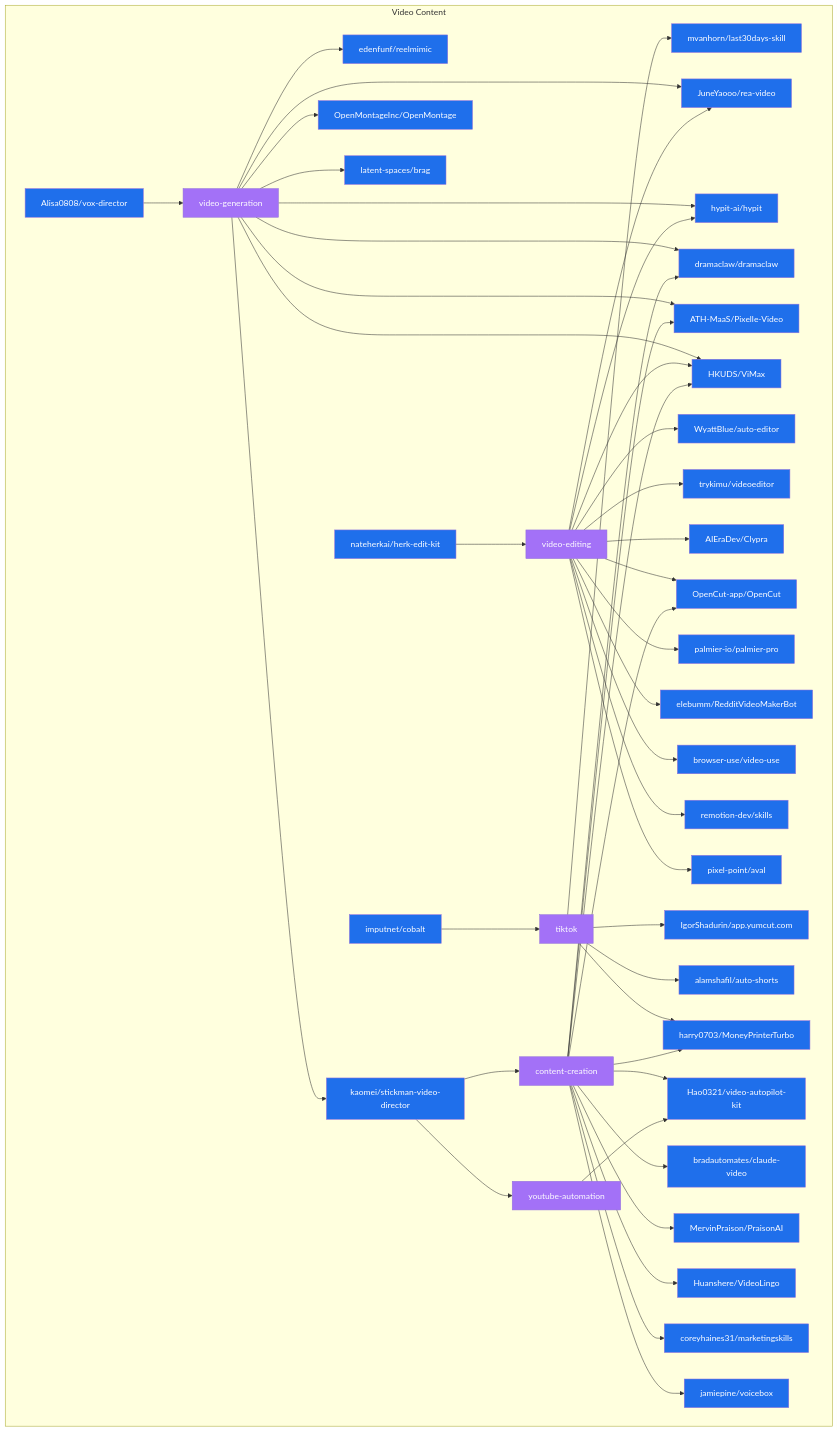
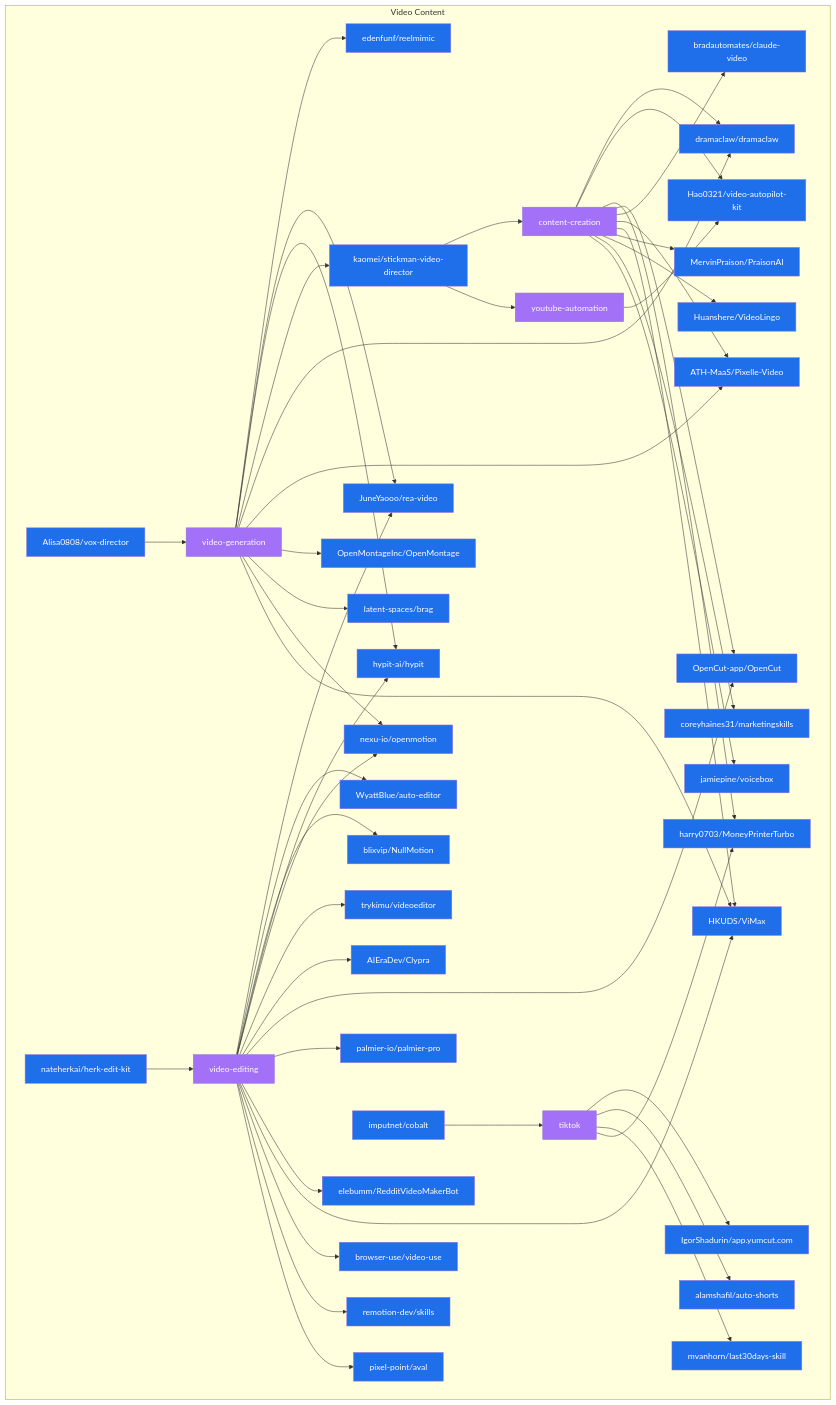
The diagram in data/star_graph_video_content.mermaid (Meru143/star-graph), drawn with Mermaid before and after one commit. The commit also changed 15 other files, not shown here.

Commit message:
chore: weekly star graph update 2026-11-16

```diff
--- a/data/star_graph_video_content.mermaid
+++ b/data/star_graph_video_content.mermaid
@@ -1,86 +1,91 @@
 graph TD
   subgraph video_content ["Video Content"]
+    ATH_MaaS_Pixelle_Video["ATH-MaaS/Pixelle-Video"]:::repo
+    AIEraDev_Clypra["AIEraDev/Clypra"]:::repo
+    remotion_dev_skills["remotion-dev/skills"]:::repo
+    youtube_automation["youtube-automation"]:::topic
+    pixel_point_aval["pixel-point/aval"]:::repo
+    edenfunf_reelmimic["edenfunf/reelmimic"]:::repo
+    alamshafil_auto_shorts["alamshafil/auto-shorts"]:::repo
+    latent_spaces_brag["latent-spaces/brag"]:::repo
+    JuneYaooo_rea_video["JuneYaooo/rea-video"]:::repo
+    harry0703_MoneyPrinterTurbo["harry0703/MoneyPrinterTurbo"]:::repo
     mvanhorn_last30days_skill["mvanhorn/last30days-skill"]:::repo
-    JuneYaooo_rea_video["JuneYaooo/rea-video"]:::repo
+    palmier_io_palmier_pro["palmier-io/palmier-pro"]:::repo
+    content_creation["content-creation"]:::topic
+    nexu_io_openmotion["nexu-io/openmotion"]:::repo
+    trykimu_videoeditor["trykimu/videoeditor"]:::repo
+    imputnet_cobalt["imputnet/cobalt"]:::repo
+    Alisa0808_vox_director["Alisa0808/vox-director"]:::repo
+    OpenCut_app_OpenCut["OpenCut-app/OpenCut"]:::repo
+    WyattBlue_auto_editor["WyattBlue/auto-editor"]:::repo
+    tiktok["tiktok"]:::topic
+    OpenMontageInc_OpenMontage["OpenMontageInc/OpenMontage"]:::repo
+    video_editing["video-editing"]:::topic
+    elebumm_RedditVideoMakerBot["elebumm/RedditVideoMakerBot"]:::repo
+    Huanshere_VideoLingo["Huanshere/VideoLingo"]:::repo
+    MervinPraison_PraisonAI["MervinPraison/PraisonAI"]:::repo
+    jamiepine_voicebox["jamiepine/voicebox"]:::repo
+    video_generation["video-generation"]:::topic
+    IgorShadurin_app_yumcut_com["IgorShadurin/app.yumcut.com"]:::repo
+    browser_use_video_use["browser-use/video-use"]:::repo
+    Hao0321_video_autopilot_kit["Hao0321/video-autopilot-kit"]:::repo
     HKUDS_ViMax["HKUDS/ViMax"]:::repo
-    Hao0321_video_autopilot_kit["Hao0321/video-autopilot-kit"]:::repo
-    OpenCut_app_OpenCut["OpenCut-app/OpenCut"]:::repo
-    elebumm_RedditVideoMakerBot["elebumm/RedditVideoMakerBot"]:::repo
-    video_generation["video-generation"]:::topic
+    coreyhaines31_marketingskills["coreyhaines31/marketingskills"]:::repo
+    kaomei_stickman_video_director["kaomei/stickman-video-director"]:::repo
+    nateherkai_herk_edit_kit["nateherkai/herk-edit-kit"]:::repo
+    dramaclaw_dramaclaw["dramaclaw/dramaclaw"]:::repo
     hypit_ai_hypit["hypit-ai/hypit"]:::repo
-    harry0703_MoneyPrinterTurbo["harry0703/MoneyPrinterTurbo"]:::repo
-    nateherkai_herk_edit_kit["nateherkai/herk-edit-kit"]:::repo
-    imputnet_cobalt["imputnet/cobalt"]:::repo
-    jamiepine_voicebox["jamiepine/voicebox"]:::repo
-    palmier_io_palmier_pro["palmier-io/palmier-pro"]:::repo
-    tiktok["tiktok"]:::topic
-    trykimu_videoeditor["trykimu/videoeditor"]:::repo
-    video_editing["video-editing"]:::topic
-    OpenMontageInc_OpenMontage["OpenMontageInc/OpenMontage"]:::repo
-    pixel_point_aval["pixel-point/aval"]:::repo
-    youtube_automation["youtube-automation"]:::topic
-    kaomei_stickman_video_director["kaomei/stickman-video-director"]:::repo
-    latent_spaces_brag["latent-spaces/brag"]:::repo
-    coreyhaines31_marketingskills["coreyhaines31/marketingskills"]:::repo
-    Alisa0808_vox_director["Alisa0808/vox-director"]:::repo
-    WyattBlue_auto_editor["WyattBlue/auto-editor"]:::repo
-    browser_use_video_use["browser-use/video-use"]:::repo
-    Huanshere_VideoLingo["Huanshere/VideoLingo"]:::repo
-    IgorShadurin_app_yumcut_com["IgorShadurin/app.yumcut.com"]:::repo
-    edenfunf_reelmimic["edenfunf/reelmimic"]:::repo
-    content_creation["content-creation"]:::topic
-    dramaclaw_dramaclaw["dramaclaw/dramaclaw"]:::repo
-    remotion_dev_skills["remotion-dev/skills"]:::repo
-    AIEraDev_Clypra["AIEraDev/Clypra"]:::repo
-    alamshafil_auto_shorts["alamshafil/auto-shorts"]:::repo
-    MervinPraison_PraisonAI["MervinPraison/PraisonAI"]:::repo
-    ATH_MaaS_Pixelle_Video["ATH-MaaS/Pixelle-Video"]:::repo
     bradautomates_claude_video["bradautomates/claude-video"]:::repo
+    blixvip_NullMotion["blixvip/NullMotion"]:::repo
   end
   Alisa0808_vox_director --> video_generation
   video_generation --> edenfunf_reelmimic
   video_generation --> JuneYaooo_rea_video
   video_generation --> hypit_ai_hypit
   video_generation --> kaomei_stickman_video_director
   video_generation --> dramaclaw_dramaclaw
   video_generation --> ATH_MaaS_Pixelle_Video
   video_generation --> OpenMontageInc_OpenMontage
   video_generation --> latent_spaces_brag
+  video_generation --> nexu_io_openmotion
   video_generation --> HKUDS_ViMax
   nateherkai_herk_edit_kit --> video_editing
   video_editing --> JuneYaooo_rea_video
   video_editing --> WyattBlue_auto_editor
+  video_editing --> blixvip_NullMotion
   video_editing --> hypit_ai_hypit
+  video_editing --> nexu_io_openmotion
   video_editing --> trykimu_videoeditor
   video_editing --> AIEraDev_Clypra
   video_editing --> OpenCut_app_OpenCut
   video_editing --> palmier_io_palmier_pro
   video_editing --> elebumm_RedditVideoMakerBot
   video_editing --> HKUDS_ViMax
   video_editing --> browser_use_video_use
   video_editing --> remotion_dev_skills
   video_editing --> pixel_point_aval
   imputnet_cobalt --> tiktok
   tiktok --> IgorShadurin_app_yumcut_com
   tiktok --> alamshafil_auto_shorts
   tiktok --> mvanhorn_last30days_skill
   tiktok --> harry0703_MoneyPrinterTurbo
   kaomei_stickman_video_director --> content_creation
   kaomei_stickman_video_director --> youtube_automation
   content_creation --> dramaclaw_dramaclaw
   content_creation --> Hao0321_video_autopilot_kit
   content_creation --> harry0703_MoneyPrinterTurbo
   content_creation --> OpenCut_app_OpenCut
   content_creation --> bradautomates_claude_video
   content_creation --> ATH_MaaS_Pixelle_Video
   content_creation --> HKUDS_ViMax
   content_creation --> MervinPraison_PraisonAI
   content_creation --> Huanshere_VideoLingo
   content_creation --> coreyhaines31_marketingskills
   content_creation --> jamiepine_voicebox
   youtube_automation --> Hao0321_video_autopilot_kit
   classDef repo fill:#1f6feb,color:#fff;
   classDef topic fill:#a371f7,color:#fff;
   classDef technology fill:#3fb950,color:#fff;
   classDef use_case fill:#d29922,color:#fff;
   classDef architecture fill:#f85149,color:#fff;
```
